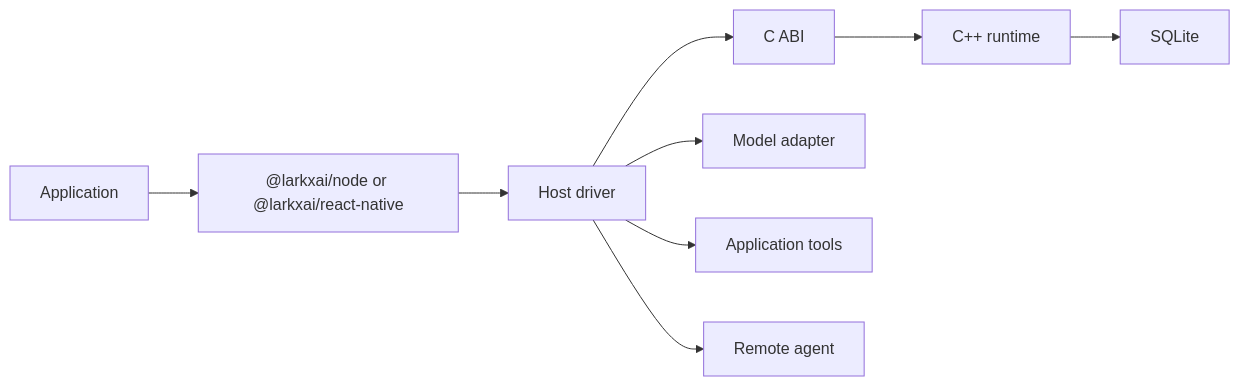
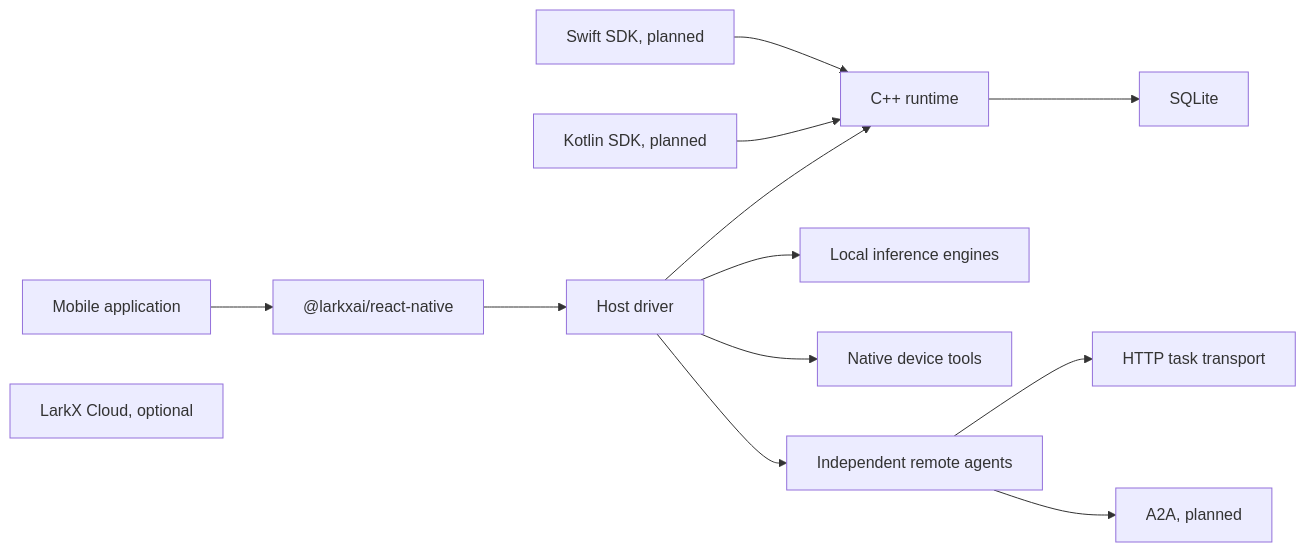
One commit to larkxai/larkx changed the diagram in README.md. Above: the diagram before and after it, drawn with Mermaid. The commit also changed other lines of this file and 26 other files, not shown here.

First line of the commit message:
Align LarkX around a mobile-first public SDK. (#34)

````diff
--- a/README.md
+++ b/README.md
@@ -231,11 +217,15 @@
 ```mermaid
 flowchart LR
-  app["Application"] --> sdk["@larkxai/node or @larkxai/react-native"]
-  sdk --> driver["Host driver"]
-  driver --> abi["C ABI"]
-  abi --> core["C++ runtime"]
+  app["Mobile application"] --> rn["@larkxai/react-native"]
+  swift["Swift SDK, planned"] --> core["C++ runtime"]
+  kotlin["Kotlin SDK, planned"] --> core
+  rn --> driver["Host driver"]
+  driver --> core
   core --> db["SQLite"]
-  driver --> model["Model adapter"]
-  driver --> tools["Application tools"]
-  driver --> remote["Remote agent"]
+  driver --> inference["Local inference engines"]
+  driver --> tools["Native device tools"]
+  driver --> remote["Independent remote agents"]
+  remote --> http["HTTP task transport"]
+  remote --> a2a["A2A, planned"]
+  cloud["LarkX Cloud, optional"]
 ```
````
